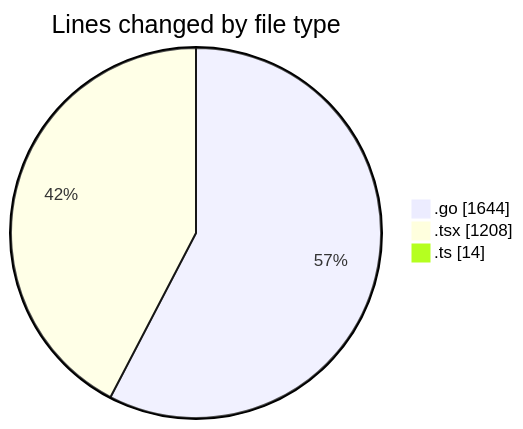
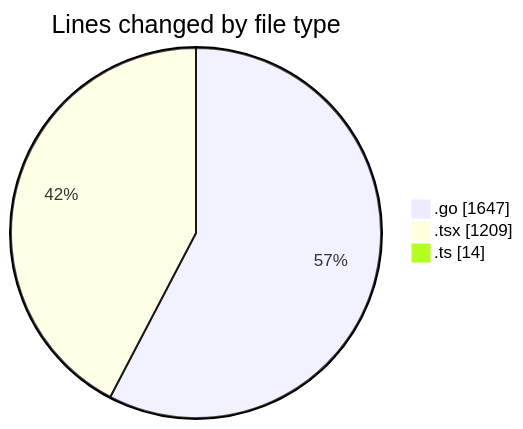
One commit to robertbonfada/code-tracking changed the first of 2 diagrams in 2025-03-05/termonied_testador/README.md. Above: the diagram before and after it, drawn with Mermaid. The commit also changed other lines of this file and 1 other file, not shown here.

````diff
--- a/2025-03-05/termonied_testador/README.md
+++ b/2025-03-05/termonied_testador/README.md
@@ -31,7 +31,7 @@
 ```mermaid
 pie showData
 title Lines changed by file type
-".go" : 1644
-".tsx" : 1208
+".go" : 1647
+".tsx" : 1209
 ".ts" : 14
 ```
````
